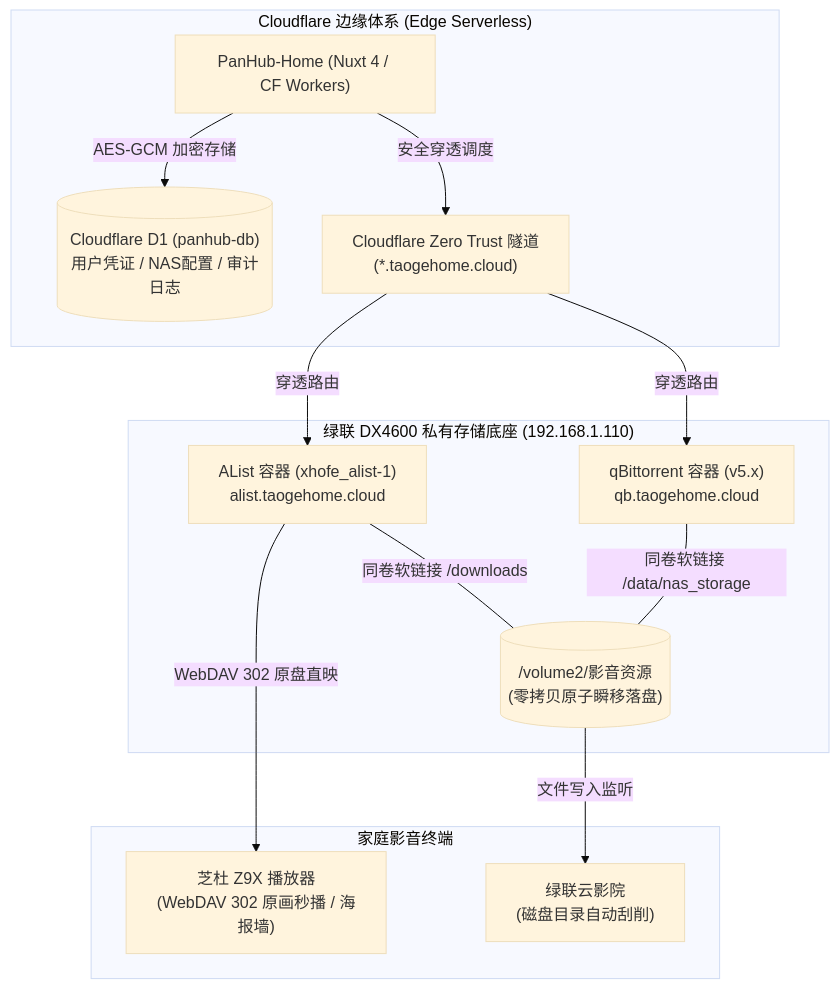
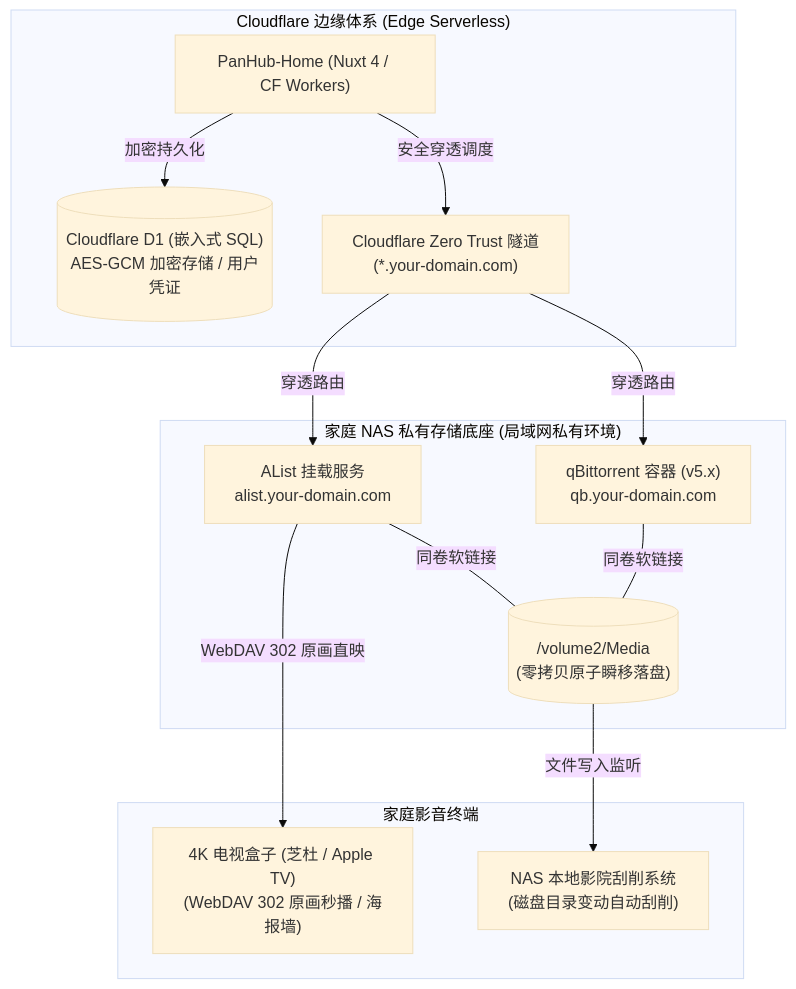
The diagram in README.md (ptbn/panhub.shenzjd.com), drawn with Mermaid (base theme) before and after one commit. The commit also changed other lines of this file, not shown here.

````diff
--- a/README.md
+++ b/README.md
@@ -30,27 +29,27 @@
 ```mermaid
 flowchart TD
     subgraph Cloud["Cloudflare 边缘体系 (Edge Serverless)"]
         PanHub["PanHub-Home (Nuxt 4 / CF Workers)"]
-        D1[("Cloudflare D1 (panhub-db)<br/>用户凭证 / NAS配置 / 审计日志")]
-        CFTunnel["Cloudflare Zero Trust 隧道<br/>(*.taogehome.cloud)"]
+        D1[("Cloudflare D1 (嵌入式 SQL)<br/>AES-GCM 加密存储 / 用户凭证")]
+        CFTunnel["Cloudflare Zero Trust 隧道<br/>(*.your-domain.com)"]
         
-        PanHub -->|AES-GCM 加密存储| D1
+        PanHub -->|加密持久化| D1
         PanHub -->|安全穿透调度| CFTunnel
     end
 
-    subgraph NAS["绿联 DX4600 私有存储底座 (192.168.1.110)"]
-        CFTunnel -->|穿透路由| AList["AList 容器 (xhofe_alist-1)<br/>alist.taogehome.cloud"]
-        CFTunnel -->|穿透路由| QB["qBittorrent 容器 (v5.x)<br/>qb.taogehome.cloud"]
+    subgraph NAS["家庭 NAS 私有存储底座 (局域网私有环境)"]
+        CFTunnel -->|穿透路由| AList["AList 挂载服务<br/>alist.your-domain.com"]
+        CFTunnel -->|穿透路由| QB["qBittorrent 容器 (v5.x)<br/>qb.your-domain.com"]
         
-        AList ---|同卷软链接 /downloads| Volume2[("/volume2/影音资源<br/>(零拷贝原子瞬移落盘)")]
-        QB ---|同卷软链接 /data/nas_storage| Volume2
+        AList ---|同卷软链接| Volume2[("/volume2/Media<br/>(零拷贝原子瞬移落盘)")]
+        QB ---|同卷软链接| Volume2
     end
 
     subgraph Terminal["家庭影音终端"]
-        Z9X["芝杜 Z9X 播放器<br/>(WebDAV 302 原画秒播 / 海报墙)"]
-        UGOS["绿联云影院<br/>(磁盘目录自动刮削)"]
+        Player["4K 电视盒子 (芝杜 / Apple TV)<br/>(WebDAV 302 原画秒播 / 海报墙)"]
+        Cinema["NAS 本地影院刮削系统<br/>(磁盘目录变动自动刮削)"]
         
-        AList -->|WebDAV 302 原盘直映| Z9X
-        Volume2 -->|文件写入监听| UGOS
+        AList -->|WebDAV 302 原画直映| Player
+        Volume2 -->|文件写入监听| Cinema
     end
 ```
````
